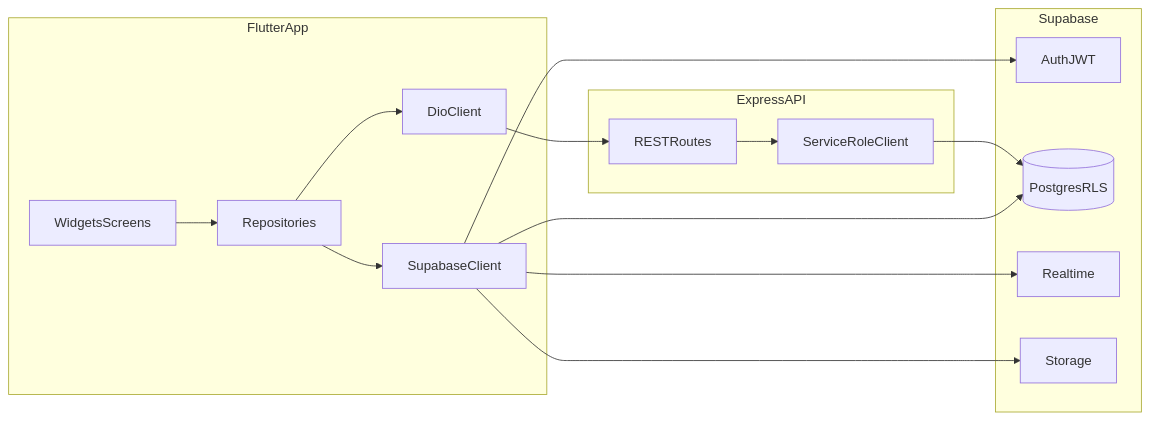
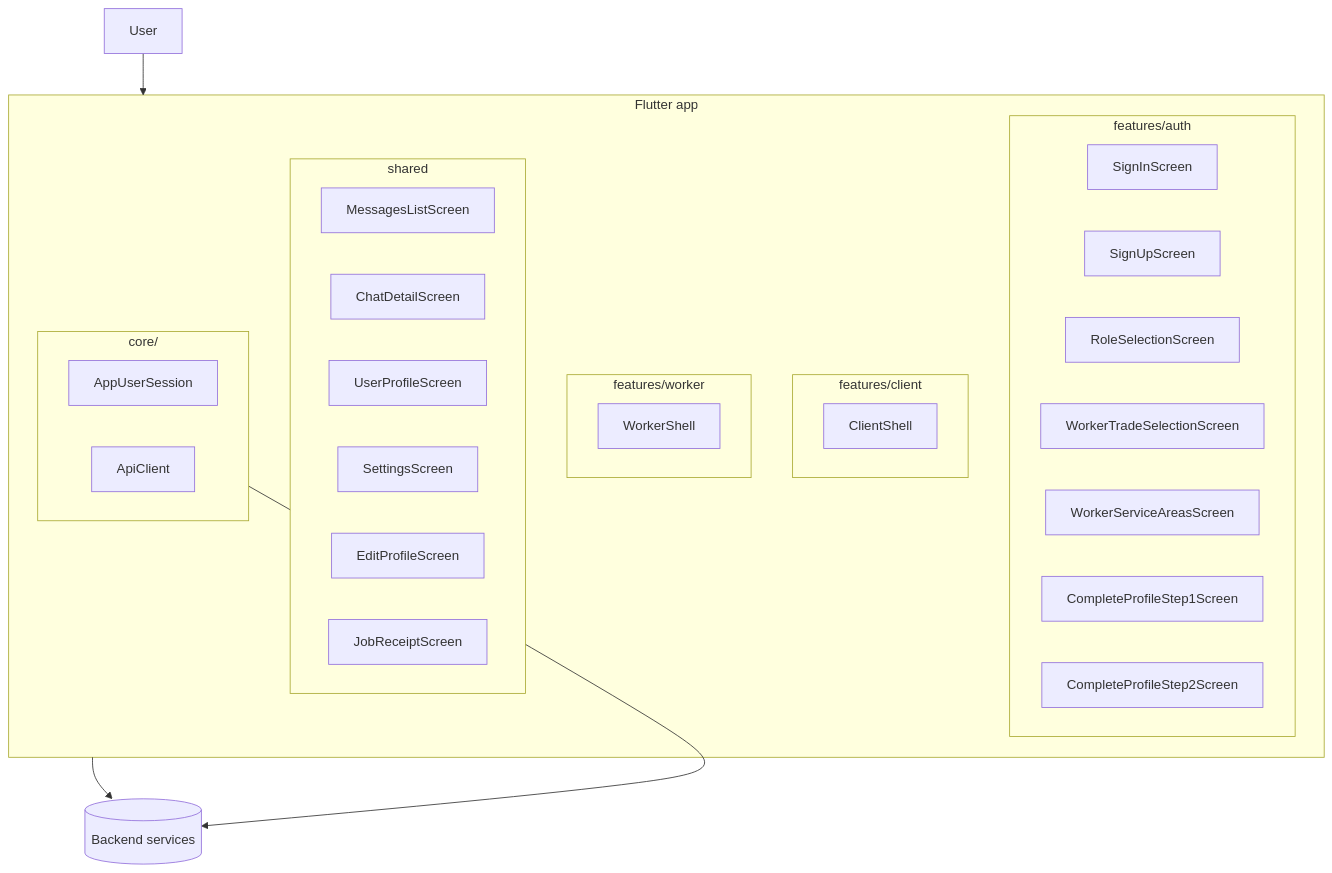
One commit to Artisans-Connect/artisansApp_frontend changed the diagram in docs/backend_integration.md. Above: the diagram before and after it, drawn with Mermaid. The commit also changed other lines of this file and 17 other files, not shown here.

Commit message:
feat(shared-ui): overhaul shared screens UI and update documentation

````diff
--- a/docs/backend_integration.md
+++ b/docs/backend_integration.md
@@ -28,29 +16,41 @@
 ```mermaid
-flowchart LR
-  subgraph flutter [FlutterApp]
-    UI[WidgetsScreens]
-    Repo[Repositories]
-    Dio[DioClient]
-    SB[SupabaseClient]
+flowchart TD
+  User[User] --> FlutterApp
+
+  subgraph FlutterApp [Flutter app]
+    subgraph authFeature [features/auth]
+      SignIn[SignInScreen]
+      SignUp[SignUpScreen]
+      RoleSel[RoleSelectionScreen]
+      Worker06[WorkerTradeSelectionScreen]
+      Worker07[WorkerServiceAreasScreen]
+      Prof1[CompleteProfileStep1Screen]
+      Prof2[CompleteProfileStep2Screen]
+    end
+
+    subgraph clientFeature [features/client]
+      ClientShell[ClientShell]
+    end
+
+    subgraph workerFeature [features/worker]
+      WorkerShell[WorkerShell]
+    end
+
+    subgraph sharedFeature [shared]
+      Msg[MessagesListScreen]
+      Chat[ChatDetailScreen]
+      Profile[UserProfileScreen]
+      Settings[SettingsScreen]
+      EditProfile[EditProfileScreen]
+      JobReceipt[JobReceiptScreen]
+    end
+
+    subgraph coreLayer [core/]
+      Session[AppUserSession]
+      Api[ApiClient]
+    end
   end
-  subgraph supabase [Supabase]
-    Auth[AuthJWT]
-    DB[(PostgresRLS)]
-    RT[Realtime]
-    ST[Storage]
-  end
-  subgraph express [ExpressAPI]
-    API[RESTRoutes]
-    SR[ServiceRoleClient]
-  end
-  UI --> Repo
-  Repo --> SB
-  Repo --> Dio
-  SB --> Auth
-  SB --> DB
-  SB --> RT
-  SB --> ST
-  Dio --> API
-  API --> SR
-  SR --> DB
+
+  FlutterApp --> Backend[(Backend services)]
+  coreLayer --> Backend
 ```
````
